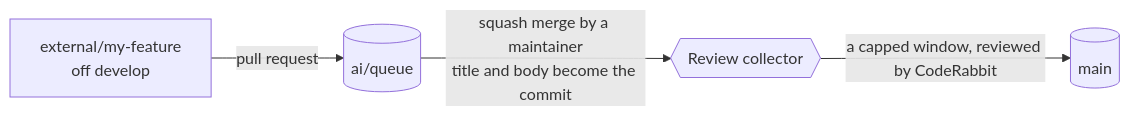
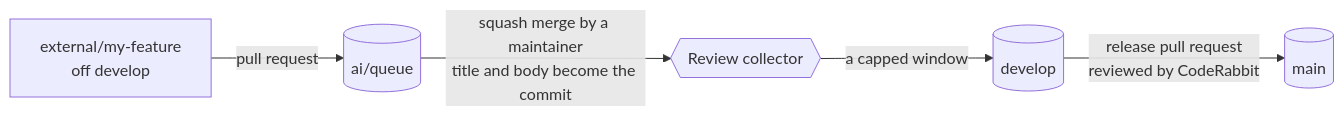
One commit to Esposter/Esposter changed the diagram in CONTRIBUTING.md. Above: the diagram before and after it, drawn with Mermaid. The commit also changed 2 other files, not shown here.

Commit message:
docs(infra): the release reaches main through develop, and Renovate bypasses two refs of the four
The contributor flowchart jumped ai/queue straight to main, skipping the ref the
collector actually cuts a window onto; two-writers claimed no account but the
Admin role updates develop, main or ai/**, while developMainProtection also
bypasses the Renovate GitHub App on the first two; and the slot sentence said
"spent only on the release pull request" where the same page's note says an
invalid pull request against main spends it too.

Pinning ai/queue to a squash merge is written down as rejected rather than
built: allowedMergeMethods is a sub-option of the pull request rule, and bypass
is per ruleset, so inside one-writer refs the Admin bypass makes it inert and in
its own ruleset it would demand a pull request for the session's plain push and
the collector's leased rewrite.

Answers: 4032016961
Answers: 4032016966
Answers: 4032016971
Answers: 4032016976

````diff
--- a/CONTRIBUTING.md
+++ b/CONTRIBUTING.md
@@ -100,6 +100,7 @@
 ```mermaid
 flowchart LR
   E[external/my-feature<br/>off develop] -->|pull request| Q[(ai/queue)]
   Q -->|squash merge by a maintainer<br/>title and body become the commit| C{{Review collector}}
-  C -->|a capped window, reviewed by CodeRabbit| M[(main)]
+  C -->|a capped window| D[(develop)]
+  D -->|release pull request<br/>reviewed by CodeRabbit| M[(main)]
 ```
````
